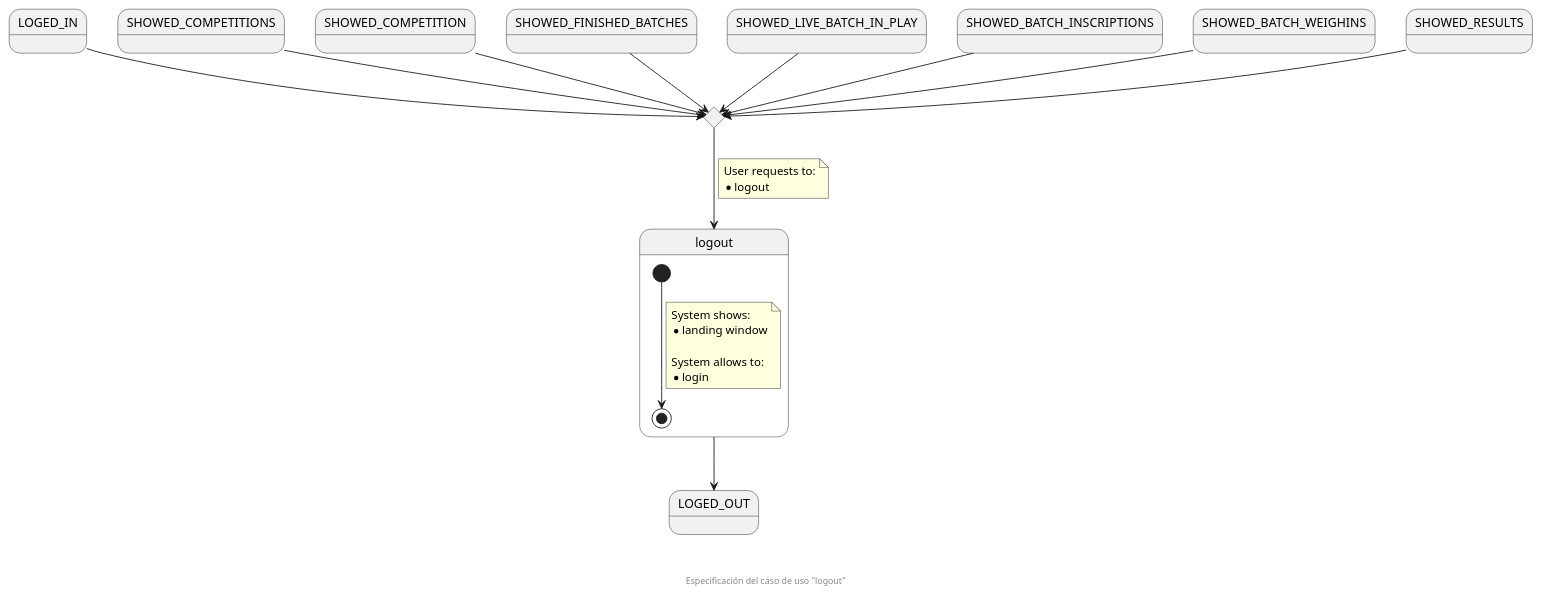
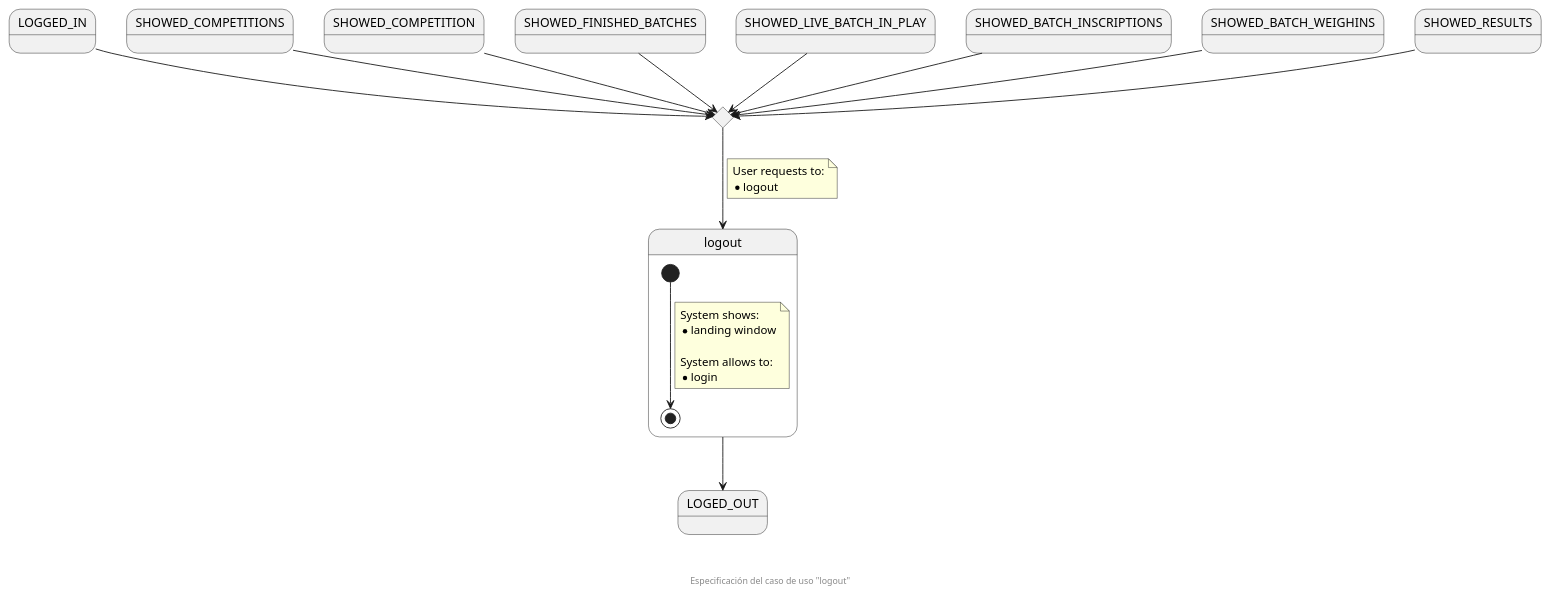
The diagram in documentation/diagrams/1_requirements/3_useCasesSpecification/03_logout.puml (zuldare/mastercloud_pfm_halterocms), drawn with PlantUML before and after one commit. The commit also changed 5 other files, not shown here.

```diff
--- a/documentation/diagrams/1_requirements/3_useCasesSpecification/03_logout.puml
+++ b/documentation/diagrams/1_requirements/3_useCasesSpecification/03_logout.puml
@@ -1,41 +1,41 @@
 @startuml
-state LOGED_IN
+state LOGGED_IN
 state SHOWED_COMPETITIONS
 state SHOWED_COMPETITION
 state SHOWED_FINISHED_BATCHES
 state SHOWED_LIVE_BATCH_IN_PLAY
 state SHOWED_BATCH_INSCRIPTIONS
 state SHOWED_BATCH_WEIGHINS
 state SHOWED_RESULTS
 
 state enterLogoutCHC <<choice>>
 
 state logout {
   [*] --> [*]
   note on link
     System shows:
     * landing window
 
     System allows to:
     * login
   end note
 }
 state LOGED_OUT
 
-LOGED_IN --> enterLogoutCHC
+LOGGED_IN --> enterLogoutCHC
 SHOWED_COMPETITIONS --> enterLogoutCHC
 SHOWED_COMPETITION --> enterLogoutCHC
 SHOWED_FINISHED_BATCHES --> enterLogoutCHC
 SHOWED_LIVE_BATCH_IN_PLAY --> enterLogoutCHC
 SHOWED_BATCH_INSCRIPTIONS --> enterLogoutCHC
 SHOWED_BATCH_WEIGHINS --> enterLogoutCHC
 SHOWED_RESULTS --> enterLogoutCHC
 enterLogoutCHC --> logout
 note on link
   User requests to:
   * logout
 end note
 logout --> LOGED_OUT
 
 footer \n\n\n Especificación del caso de uso "logout"
 @enduml
```
